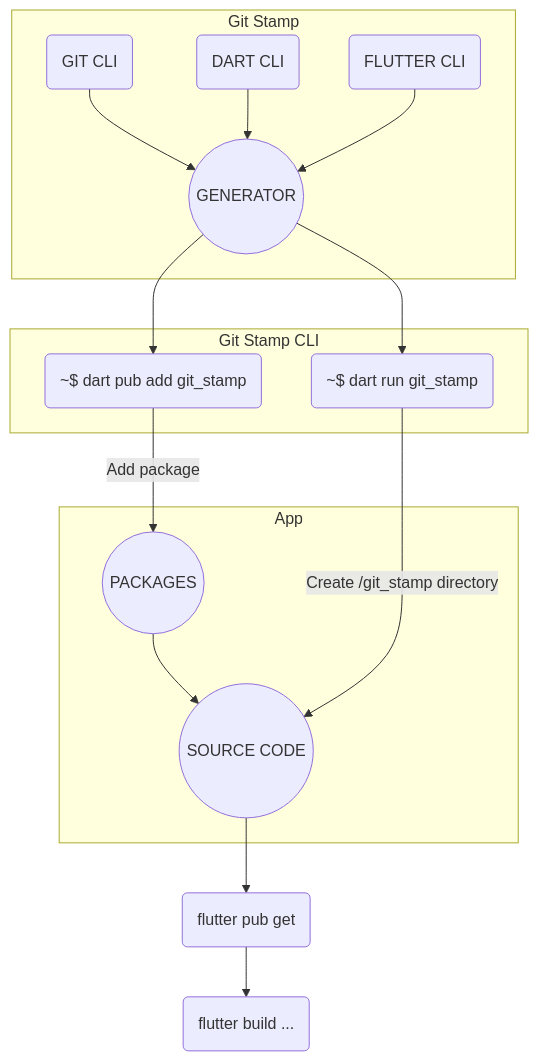
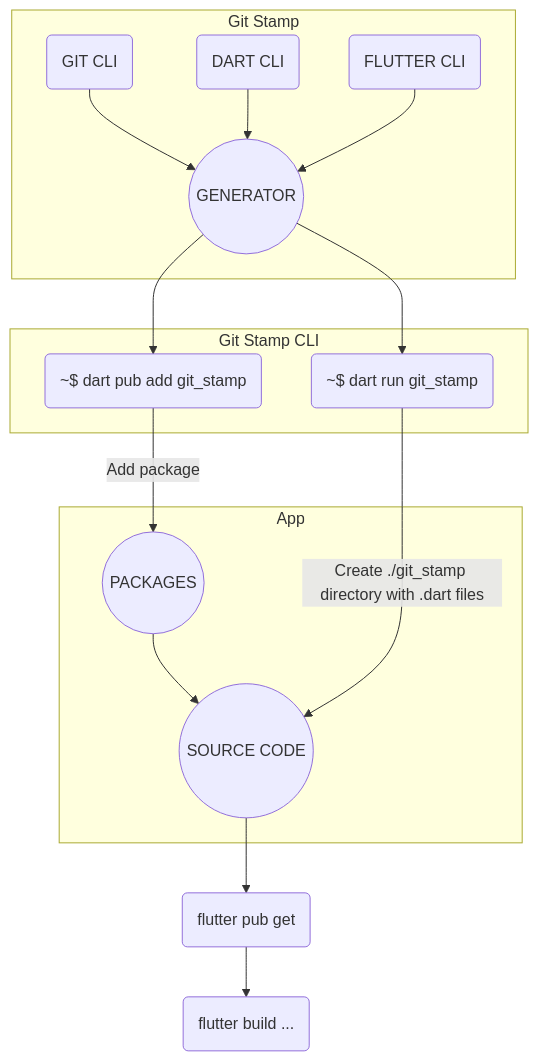
One commit to arononak/git_stamp changed the diagram in README.md. Above: the diagram before and after it, drawn with Mermaid.

````diff
--- a/README.md
+++ b/README.md
@@ -121,28 +121,28 @@
 ```mermaid
 graph TD
     CODE((SOURCE CODE))-->SYNC(flutter pub get)
     SYNC-->BUILD(flutter build ...)
 
     subgraph "App"
         CODE
         PUB
         PUB((PACKAGES))-->CODE
     end
 
     subgraph "Git Stamp"
         GIT_CLI(GIT CLI)-->GENERATOR
         DART_CLI(DART CLI)-->GENERATOR
         FLUTTER_CLI(FLUTTER CLI)-->GENERATOR
     end
 
     subgraph "Git Stamp CLI"
         GENERATE
         ADD
     end
 
     GENERATOR((GENERATOR))-->ADD(~$ dart pub add git_stamp)
     ADD-->|Add package|PUB
 
     GENERATOR-->GENERATE(~$ dart run git_stamp)
-    GENERATE-->|Create /git_stamp directory|CODE
+    GENERATE-->|Create ./git_stamp directory with .dart files|CODE
 ```
````
